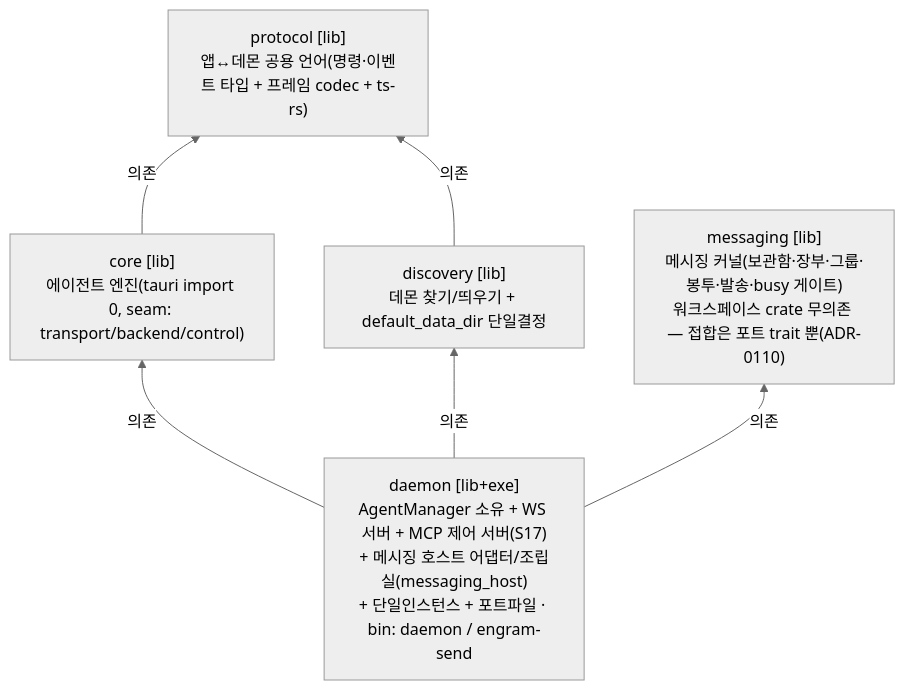
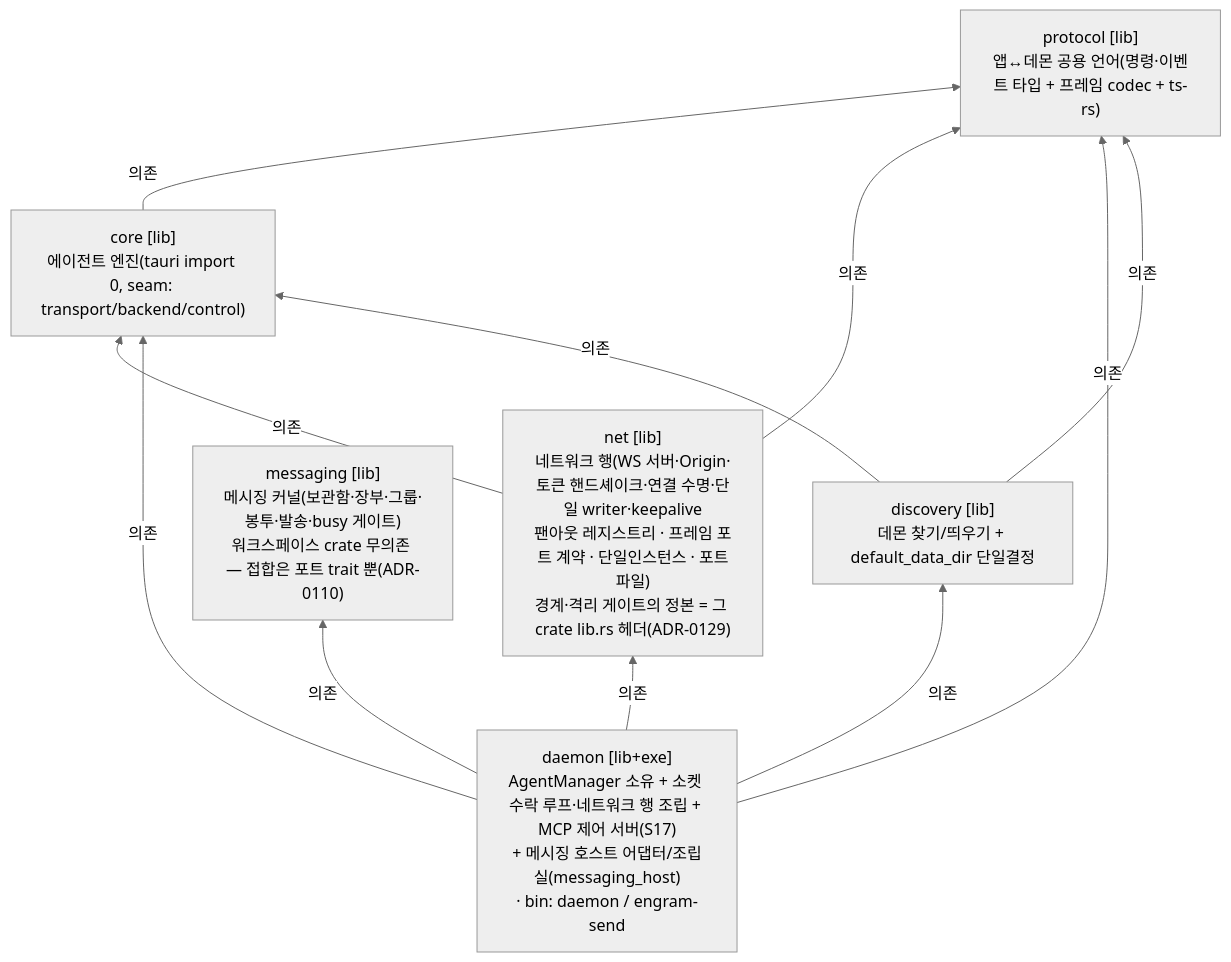
The third of 20 diagrams in docs/reference/architecture-overview.md (kimsunzun/engram-dashboard), drawn with Mermaid (neutral theme) before and after one commit. The commit also changed other lines of this file and 3 other files, not shown here.

````diff
--- a/docs/reference/architecture-overview.md
+++ b/docs/reference/architecture-overview.md
@@ -157,14 +157,20 @@
 ```mermaid
 flowchart BT
   protocol["protocol [lib]<br/>앱↔데몬 공용 언어(명령·이벤트 타입 + 프레임 codec + ts-rs)"]
   core["core [lib]<br/>에이전트 엔진(tauri import 0, seam: transport/backend/control)"]
   discovery["discovery [lib]<br/>데몬 찾기/띄우기 + default_data_dir 단일결정"]
   messaging["messaging [lib]<br/>메시징 커널(보관함·장부·그룹·봉투·발송·busy 게이트)<br/>워크스페이스 crate 무의존 — 접합은 포트 trait 뿐(ADR-0110)"]
-  daemon["daemon [lib+exe]<br/>AgentManager 소유 + WS 서버 + MCP 제어 서버(S17)<br/>+ 메시징 호스트 어댑터/조립실(messaging_host)<br/>+ 단일인스턴스 + 포트파일 · bin: daemon / engram-send"]
+  net["net [lib]<br/>네트워크 행(WS 서버·Origin·토큰 핸드셰이크·연결 수명·단일 writer·keepalive<br/>팬아웃 레지스트리 · 프레임 포트 계약 · 단일인스턴스 · 포트파일)<br/>경계·격리 게이트의 정본 = 그 crate lib.rs 헤더(ADR-0129)"]
+  daemon["daemon [lib+exe]<br/>AgentManager 소유 + 소켓 수락 루프·네트워크 행 조립 + MCP 제어 서버(S17)<br/>+ 메시징 호스트 어댑터/조립실(messaging_host)<br/>· bin: daemon / engram-send"]
 
   core -->|"의존"| protocol
+  net -->|"의존"| protocol
+  net -->|"의존"| core
   daemon -->|"의존"| core
+  daemon -->|"의존"| protocol
+  daemon -->|"의존"| net
   discovery -->|"의존"| protocol
+  discovery -->|"의존"| core
   daemon -->|"의존"| discovery
   daemon -->|"의존"| messaging
 ```
````
